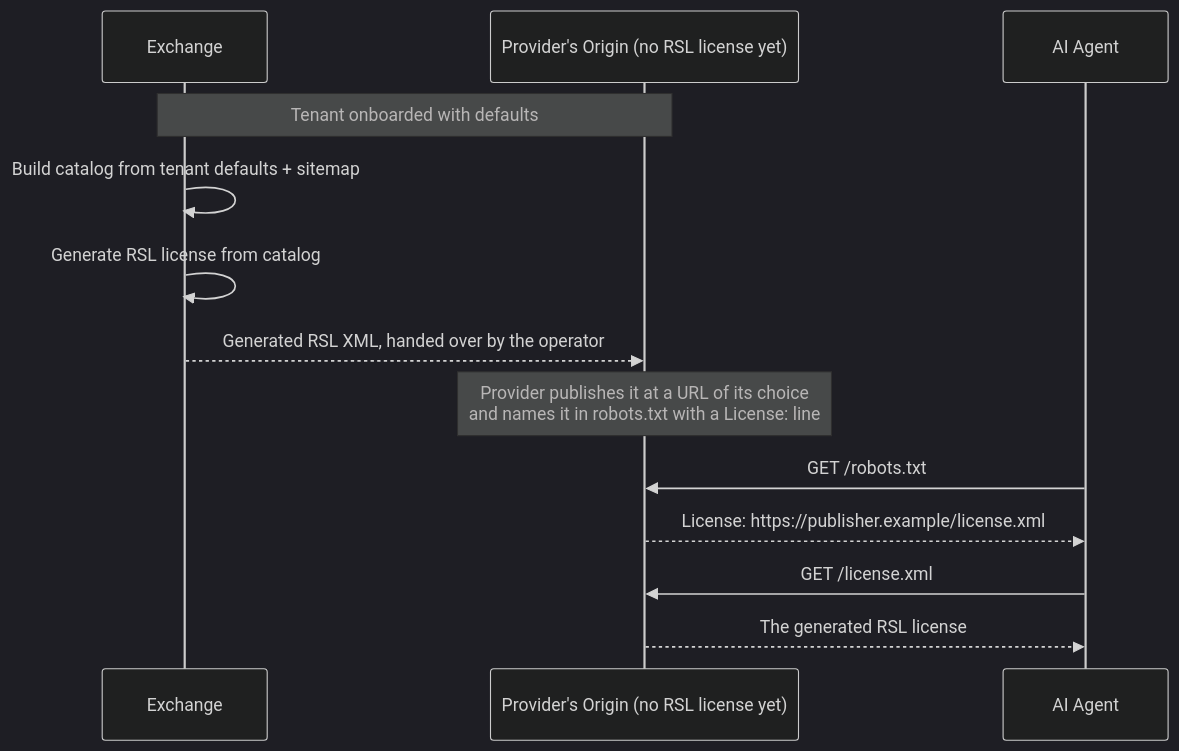
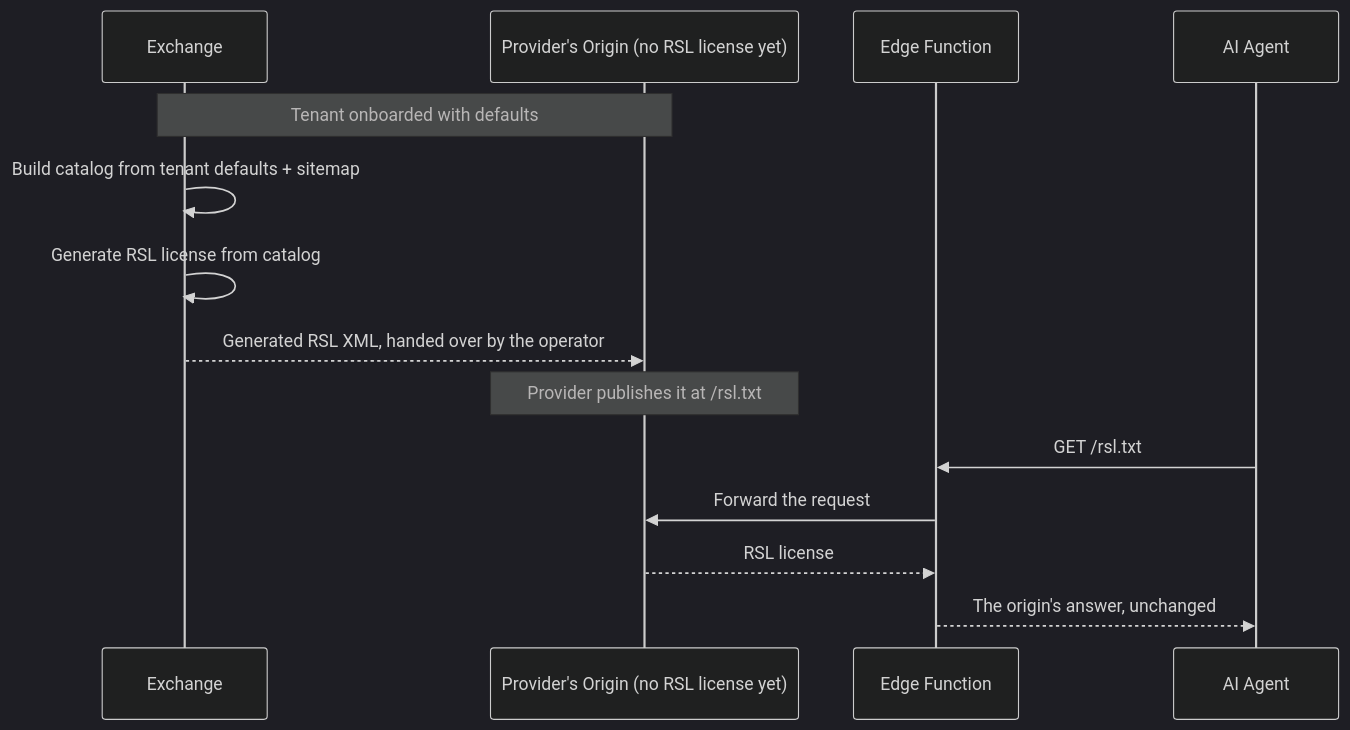
One commit to FORA-Protocol/protocol changed the first of 2 diagrams in website/src/content/docs/components/content-ingestion/rsl-generation.mdx. Above: the diagram before and after it, drawn with Mermaid (dark theme). The commit also changed other lines of this file and 6 other files, not shown here.

Commit message:
Keep the component pages to the file-name fix, with example domains and the license kept at /rsl.txt

````diff
--- a/website/src/content/docs/components/content-ingestion/rsl-generation.mdx
+++ b/website/src/content/docs/components/content-ingestion/rsl-generation.mdx
@@ -10,19 +10,20 @@
 ```mermaid
 sequenceDiagram
     participant MP as Exchange
     participant PUB as Provider's Origin (no RSL license yet)
+    participant EDGE as Edge Function
     participant AGENT as AI Agent
 
     Note over PUB,MP: Tenant onboarded with defaults
 
     MP->>MP: Build catalog from tenant defaults + sitemap
     MP->>MP: Generate RSL license from catalog
 
     MP-->>PUB: Generated RSL XML, handed over by the operator
-    Note over PUB: Provider publishes it at a URL of its choice<br/>and names it in robots.txt with a License: line
+    Note over PUB: Provider publishes it at /rsl.txt
 
-    AGENT->>PUB: GET /robots.txt
-    PUB-->>AGENT: License: https://publisher.example/license.xml
-    AGENT->>PUB: GET /license.xml
-    PUB-->>AGENT: The generated RSL license
+    AGENT->>EDGE: GET /rsl.txt
+    EDGE->>PUB: Forward the request
+    PUB-->>EDGE: RSL license
+    EDGE-->>AGENT: The origin's answer, unchanged
 ```
````
